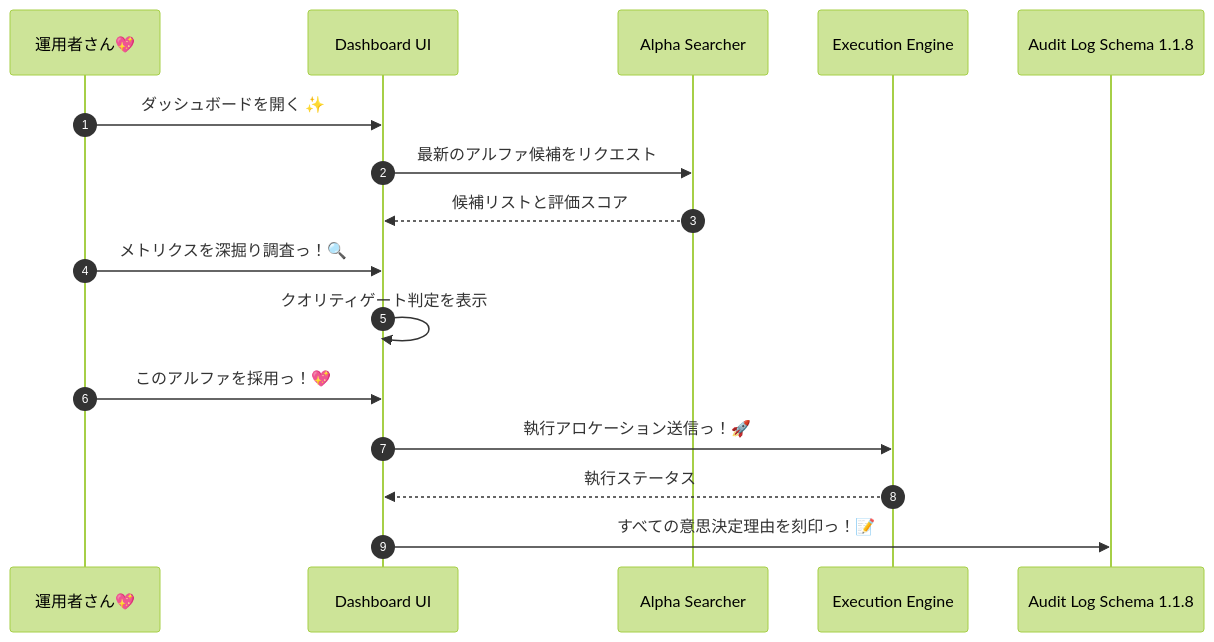
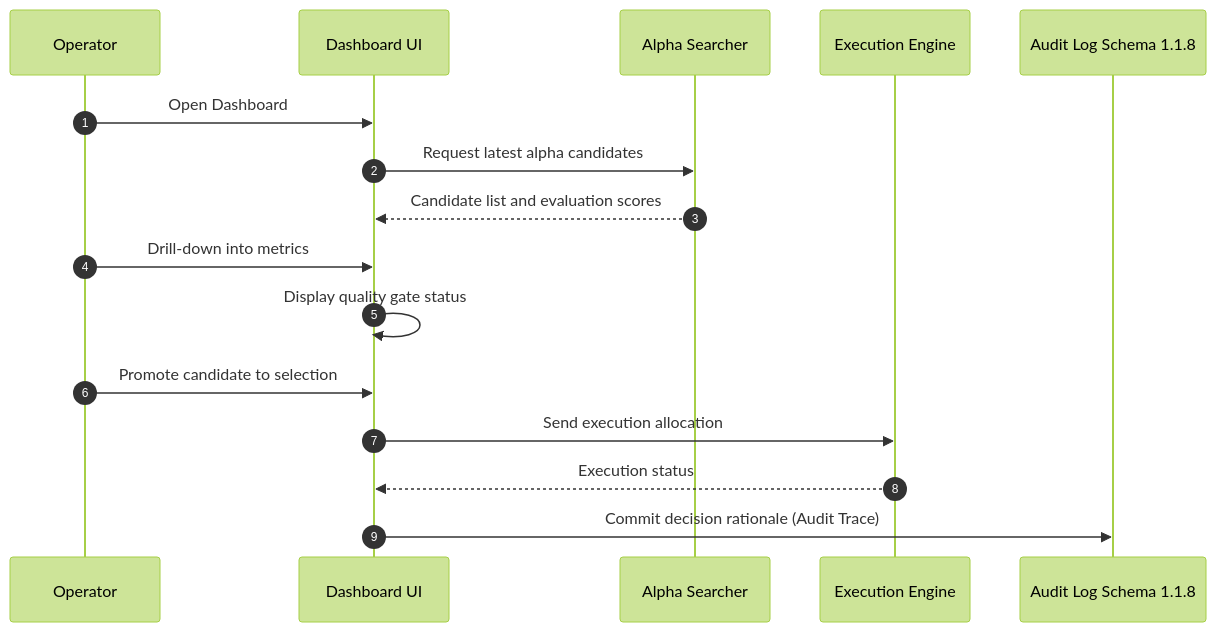
The first of 5 diagrams in docs/specs/Frontend.md (KAFKA2306/investor), drawn with Mermaid (forest theme) before and after one commit. The commit also changed other lines of this file and 37 other files, not shown here.

````diff
--- a/docs/specs/Frontend.md
+++ b/docs/specs/Frontend.md
@@ -35,19 +33,19 @@
 ```mermaid
 sequenceDiagram
     autonumber
-    participant User as 運用者さん💖
+    participant User as Operator
     participant DB as Dashboard UI
     participant AS as Alpha Searcher
     participant EX as Execution Engine
     participant AU as Audit Log Schema 1.1.8
 
-    User->>DB: ダッシュボードを開く ✨
-    DB->>AS: 最新のアルファ候補をリクエスト
-    AS-->>DB: 候補リストと評価スコア
-    User->>DB: メトリクスを深掘り調査っ！🔍
-    DB->>DB: クオリティゲート判定を表示
-    User->>DB: このアルファを採用っ！💖
-    DB->>EX: 執行アロケーション送信っ！🚀
-    EX-->>DB: 執行ステータス
-    DB->>AU: すべての意思決定理由を刻印っ！📝
+    User->>DB: Open Dashboard
+    DB->>AS: Request latest alpha candidates
+    AS-->>DB: Candidate list and evaluation scores
+    User->>DB: Drill-down into metrics
+    DB->>DB: Display quality gate status
+    User->>DB: Promote candidate to selection
+    DB->>EX: Send execution allocation
+    EX-->>DB: Execution status
+    DB->>AU: Commit decision rationale (Audit Trace)
 ```
````
